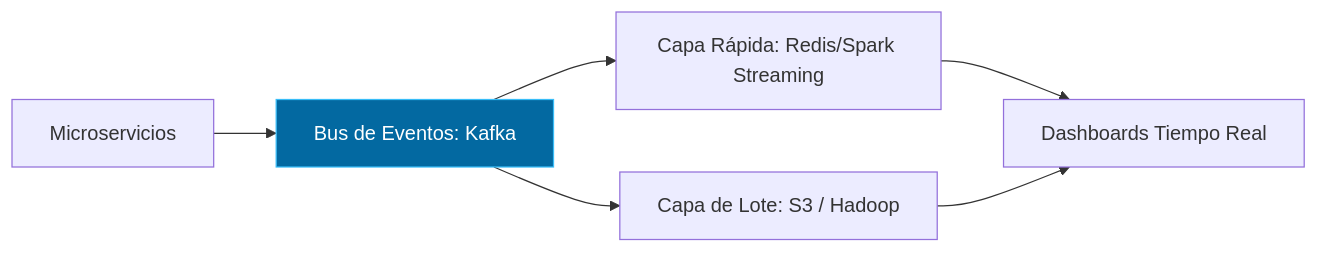
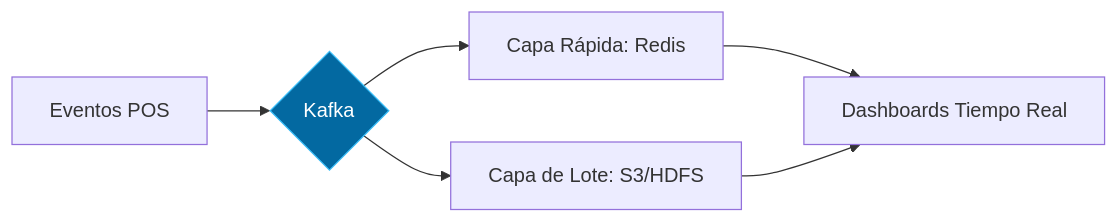
The second of 2 diagrams in docs/technical-room/es/05-PHYSICAL-VIEW.mdx (HecAguilaV/SIGA), drawn with Mermaid before and after one commit. The commit also changed other lines of this file and 10 other files, not shown here.

Commit message:
docs(tech-room): finalize 4+1 view model with high-fidelity diagrams and semantic monorepo sync

````diff
--- a/docs/technical-room/es/05-PHYSICAL-VIEW.mdx
+++ b/docs/technical-room/es/05-PHYSICAL-VIEW.mdx
@@ -46,11 +40,11 @@
 ```mermaid
 graph LR
-    Source[Microservicios] --> Kafka[Bus de Eventos: Kafka]
-    Kafka --> Speed[Capa Rápida: Redis/Spark Streaming]
-    Kafka --> Batch[Capa de Lote: S3 / Hadoop]
+    Input[Eventos POS] --> Kafka{Kafka}
+    Kafka --> Speed[Capa Rápida: Redis]
+    Kafka --> Batch[Capa de Lote: S3/HDFS]
     
     Speed --> UI[Dashboards Tiempo Real]
     Batch --> UI
 
     style Kafka fill:#0369a1,stroke:#38bdf8,color:#fff
 ```
````
